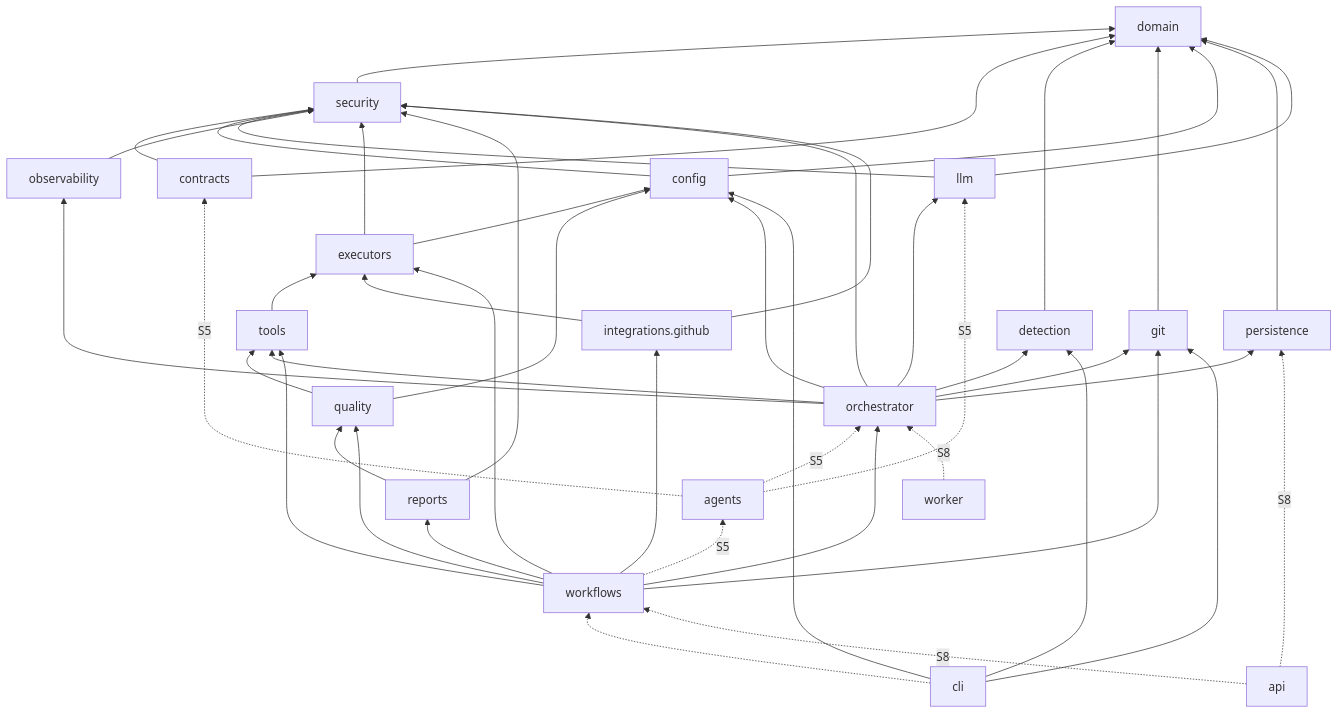
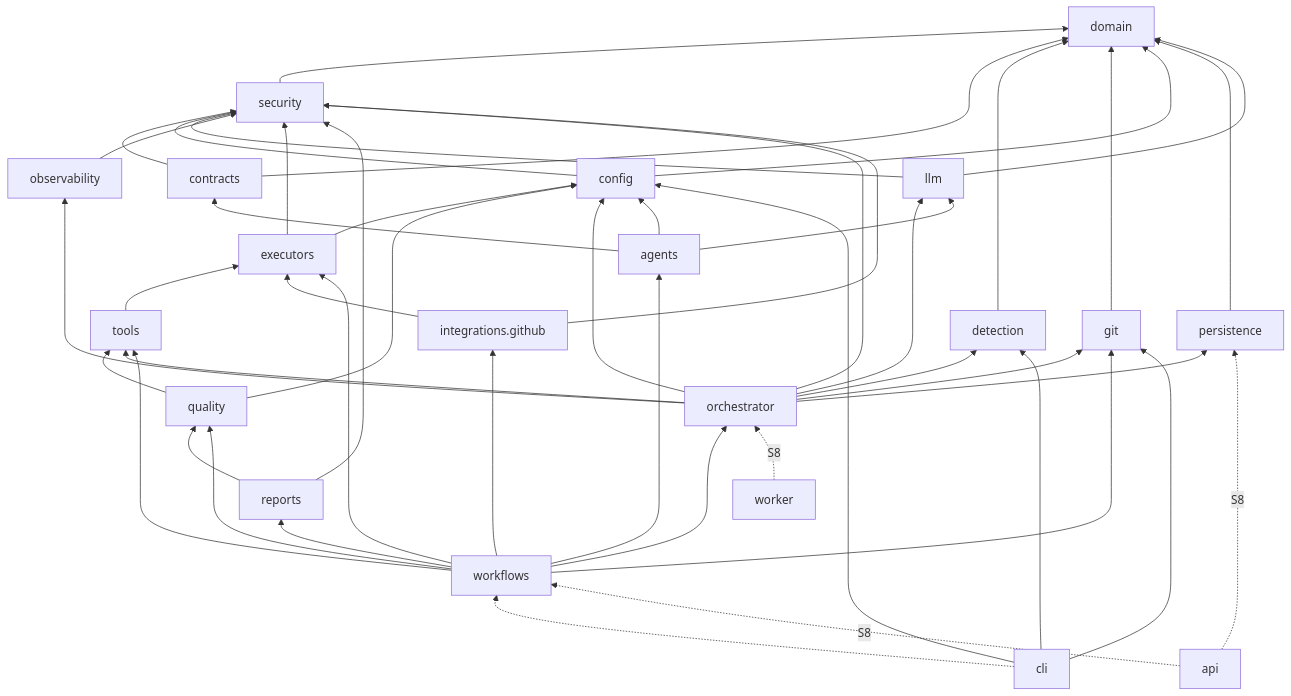
The diagram in docs/architecture/modules.md (aitmaganbetov/ai-coding-platform), drawn with Mermaid before and after one commit. The commit also changed other lines of this file and 50 other files, not shown here.

````diff
--- a/docs/architecture/modules.md
+++ b/docs/architecture/modules.md
@@ -70,28 +70,28 @@
 ```mermaid
 flowchart BT
     domain
     security --> domain
     contracts --> security & domain
     detection --> domain
     git --> domain
     config --> security & domain
     persistence --> domain
     llm --> security & domain
     observability --> security
     executors --> security & config
     tools --> executors
     quality --> tools & config
     reports --> security
     orchestrator --> persistence & config & security & llm & git & detection & observability
     orchestrator --> tools
-    agents -.S5.-> contracts & llm & orchestrator
+    agents --> contracts & llm & config
     reports --> quality
     github[integrations.github] --> executors & security
     workflows --> orchestrator & quality & reports & tools & executors
     workflows --> github & git
-    workflows -.S5.-> agents
+    workflows --> agents
     cli --> config & detection & git
     cli -.-> workflows
     api -.S8.-> workflows & persistence
     worker -.S8.-> orchestrator
 ```
````
